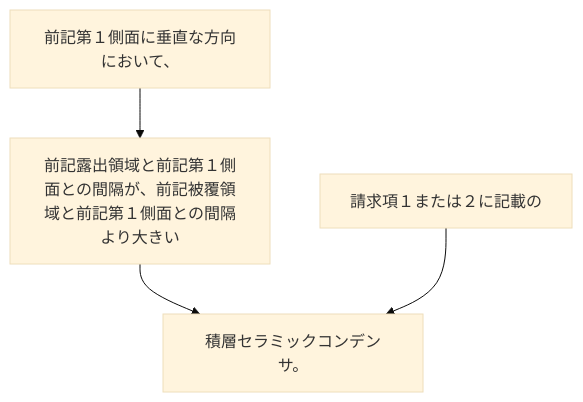
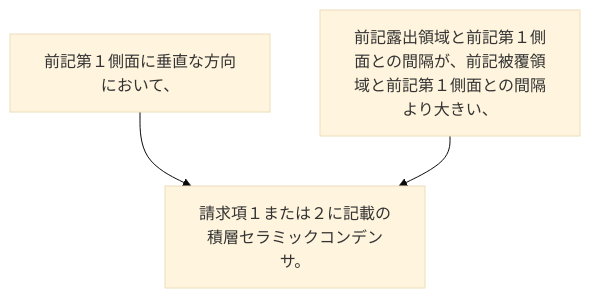
The diagram in 2024/JP2024034458A/claim_3/README.md (shinmori55/patent_analyzed), drawn with Mermaid (base theme) before and after one commit. The commit also changed 336 other files, not shown here.

````diff
--- a/2024/JP2024034458A/claim_3/README.md
+++ b/2024/JP2024034458A/claim_3/README.md
@@ -2,10 +2,8 @@
 ```mermaid
 flowchart TD
 A[前記第１側面に垂直な方向において、]
-B[前記露出領域と前記第１側面との間隔が、前記被覆領域と前記第１側面との間隔より大きい]
-C[請求項１または２に記載の]
-D[積層セラミックコンデンサ。]
-A --> B
-B --> D
-C --> D
+B[前記露出領域と前記第１側面との間隔が、前記被覆領域と前記第１側面との間隔より大きい、]
+C[請求項１または２に記載の積層セラミックコンデンサ。]
+A --> C
+B --> C
 ```
````
